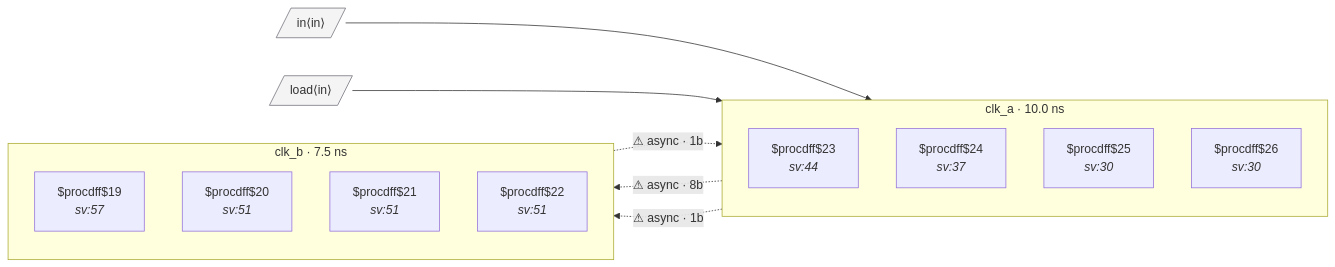
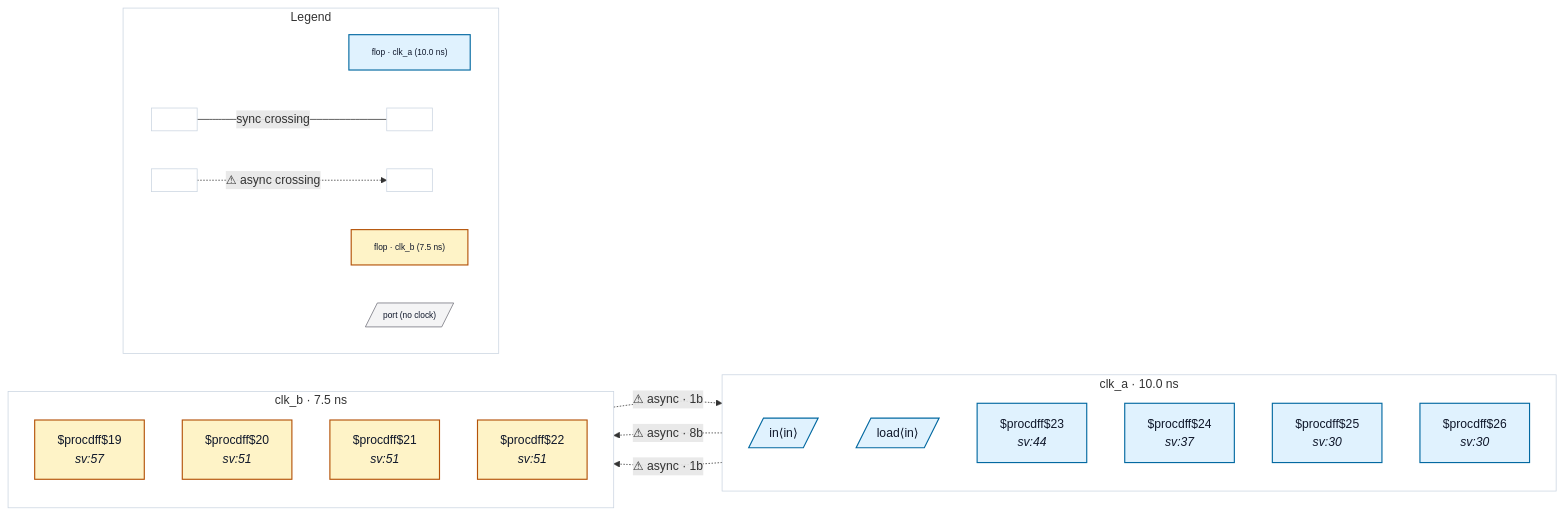
The diagram in tests/fixtures/good_unconstrained_input_bus_two_domains_typed/README.md (rtl-buddy/rtl-buddy-cdc), drawn with Mermaid before and after one commit. The commit also changed 71 other files, not shown here.

First line of the commit message:
Refresh fixture READMEs + render iterations (colors, legend, nested ports, clock-net edges)

````diff
--- a/tests/fixtures/good_unconstrained_input_bus_two_domains_typed/README.md
+++ b/tests/fixtures/good_unconstrained_input_bus_two_domains_typed/README.md
@@ -18,26 +18,49 @@
 ```mermaid
 %% good_unconstrained_input_bus_two_domains_typed — generated by rtl-buddy-cdc render
 flowchart LR
   subgraph clk_clk_a["clk_a · 10.0 ns"]
     direction TB
-    f_d49653ce["$procdff$23<br/><i>sv:44</i>"]
-    f_47c8e42a["$procdff$24<br/><i>sv:37</i>"]
-    f_2aeb407a["$procdff$25<br/><i>sv:30</i>"]
-    f_037ffa03["$procdff$26<br/><i>sv:30</i>"]
+    p_in_in[/"in⟨in⟩"/]:::ckcls_clk_a
+    p_in_load[/"load⟨in⟩"/]:::ckcls_clk_a
+    f_d49653ce["$procdff$23<br/><i>sv:44</i>"]:::ckcls_clk_a
+    f_47c8e42a["$procdff$24<br/><i>sv:37</i>"]:::ckcls_clk_a
+    f_2aeb407a["$procdff$25<br/><i>sv:30</i>"]:::ckcls_clk_a
+    f_037ffa03["$procdff$26<br/><i>sv:30</i>"]:::ckcls_clk_a
   end
   subgraph clk_clk_b["clk_b · 7.5 ns"]
     direction TB
-    f_9e5e5c93["$procdff$19<br/><i>sv:57</i>"]
-    f_69bdbffa["$procdff$20<br/><i>sv:51</i>"]
-    f_ca44c8c1["$procdff$21<br/><i>sv:51</i>"]
-    f_9b88a784["$procdff$22<br/><i>sv:51</i>"]
+    f_9e5e5c93["$procdff$19<br/><i>sv:57</i>"]:::ckcls_clk_b
+    f_69bdbffa["$procdff$20<br/><i>sv:51</i>"]:::ckcls_clk_b
+    f_ca44c8c1["$procdff$21<br/><i>sv:51</i>"]:::ckcls_clk_b
+    f_9b88a784["$procdff$22<br/><i>sv:51</i>"]:::ckcls_clk_b
   end
-  p_in_in[/"in⟨in⟩"/]:::port
-  p_in_load[/"load⟨in⟩"/]:::port
-  p_in_in --> f_d49653ce
-  p_in_load --> f_d49653ce
   f_69bdbffa -. "⚠ async · 1b" .-> f_2aeb407a
   f_d49653ce -. "⚠ async · 8b" .-> f_9e5e5c93
   f_47c8e42a -. "⚠ async · 1b" .-> f_ca44c8c1
-  classDef port fill:#f4f4f5,stroke:#71717a
+  subgraph rb_legend["Legend"]
+    direction LR
+    lg_clk_clk_a["flop · clk_a (10.0 ns)"]:::ckcls_clk_a
+    lg_clk_clk_b["flop · clk_b (7.5 ns)"]:::ckcls_clk_b
+    lg_port[/"port (no clock)"/]:::port_unassigned
+    lg_sync_a[" "]:::ckcls_legend_neutral
+    lg_sync_b[" "]:::ckcls_legend_neutral
+    lg_async_a[" "]:::ckcls_legend_neutral
+    lg_async_b[" "]:::ckcls_legend_neutral
+    lg_sync_a --- |"sync crossing"| lg_sync_b
+    lg_async_a -. "⚠ async crossing" .-> lg_async_b
+  end
+  style clk_clk_a fill:none,stroke:#cbd5e1
+  style clk_clk_b fill:none,stroke:#cbd5e1
+  style rb_legend fill:none,stroke:#cbd5e1
+  style lg_clk_clk_a font-size:11px
+  style lg_clk_clk_b font-size:11px
+  style lg_port font-size:11px
+  style lg_sync_a font-size:11px
+  style lg_sync_b font-size:11px
+  style lg_async_a font-size:11px
+  style lg_async_b font-size:11px
+  classDef ckcls_clk_a fill:#e0f2fe,stroke:#0369a1,stroke-width:1.5px,color:#0f172a
+  classDef ckcls_clk_b fill:#fef3c7,stroke:#b45309,stroke-width:1.5px,color:#0f172a
+  classDef port_unassigned fill:#f4f4f5,stroke:#71717a,color:#0f172a
+  classDef ckcls_legend_neutral fill:#ffffff,stroke:#cbd5e1,stroke-width:1px,color:#0f172a
 ```
````
